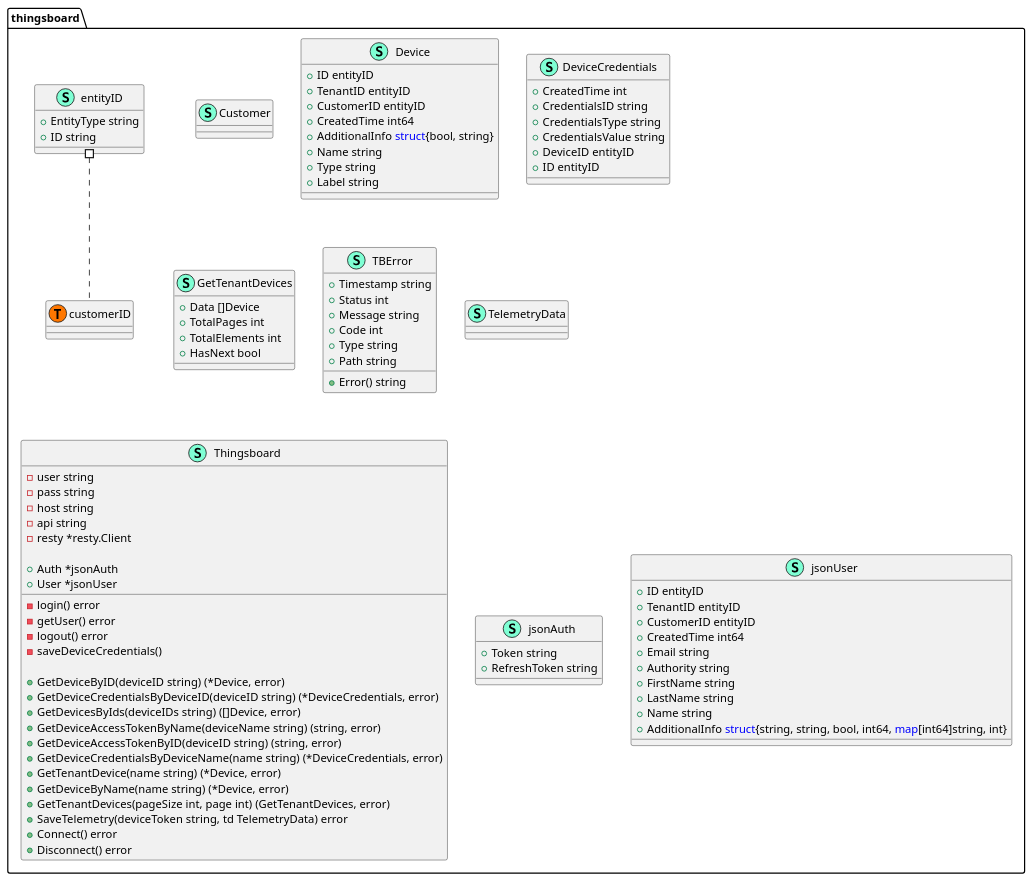
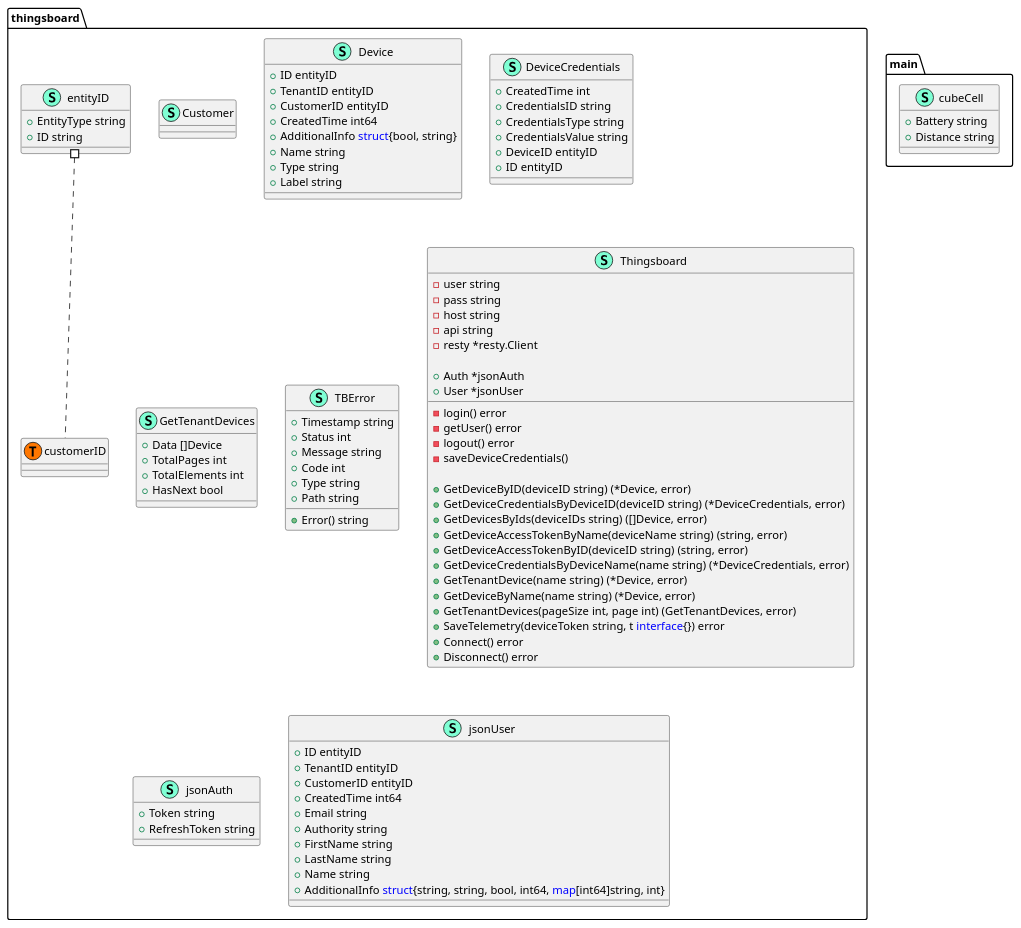
Before and after one commit to ASENASystem/thingsboard: the diagram in DIAGRAM.md, drawn with PlantUML. The commit also changed 3 other files, not shown here.

````diff
--- a/DIAGRAM.md
+++ b/DIAGRAM.md
@@ -1,5 +1,14 @@
 ```plantuml
 @startuml
+namespace main {
+    class cubeCell << (S,Aquamarine) >> {
+        + Battery string
+        + Distance string
+
+    }
+}
+
+
 namespace thingsboard {
     class Customer << (S,Aquamarine) >> {
     }
@@ -41,8 +50,6 @@
         + Error() string
 
     }
-    class TelemetryData << (S,Aquamarine) >> {
-    }
     class Thingsboard << (S,Aquamarine) >> {
         - user string
         - pass string
@@ -67,7 +74,7 @@
         + GetTenantDevice(name string) (*Device, error)
         + GetDeviceByName(name string) (*Device, error)
         + GetTenantDevices(pageSize int, page int) (GetTenantDevices, error)
-        + SaveTelemetry(deviceToken string, td TelemetryData) error
+        + SaveTelemetry(deviceToken string, t <font color=blue>interface</font>{}) error
         + Connect() error
         + Disconnect() error
 
````
